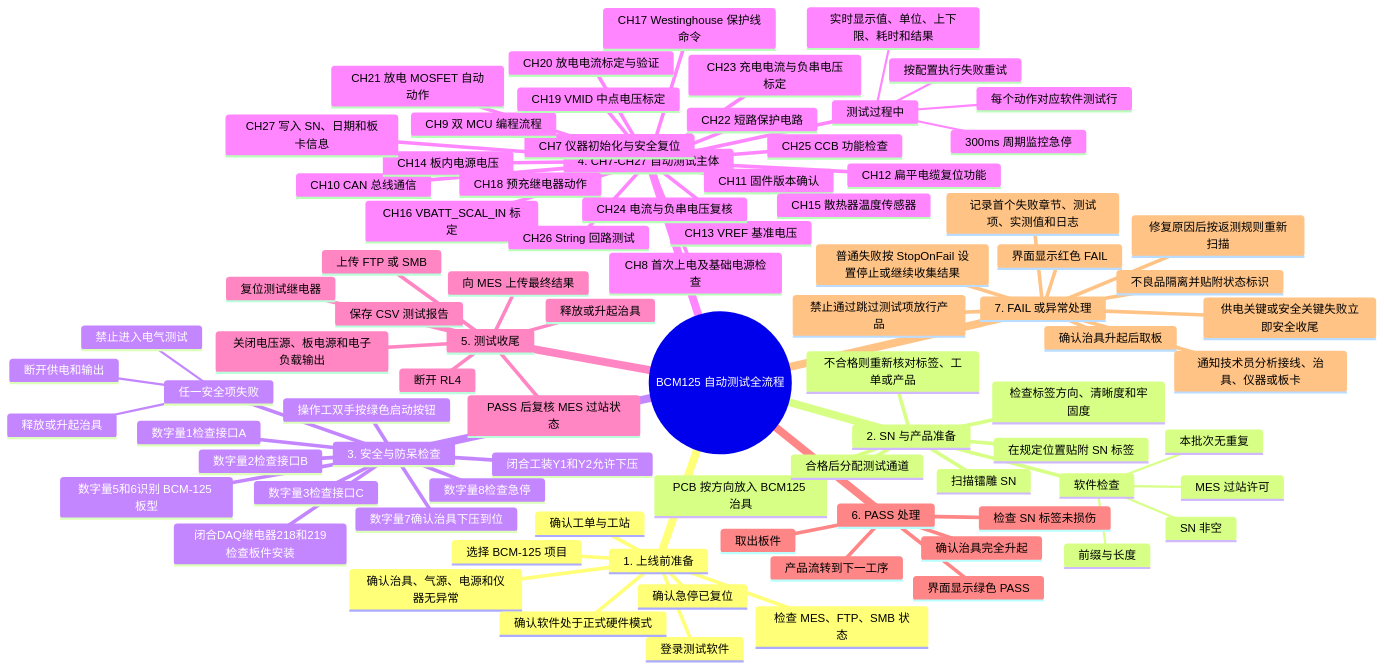
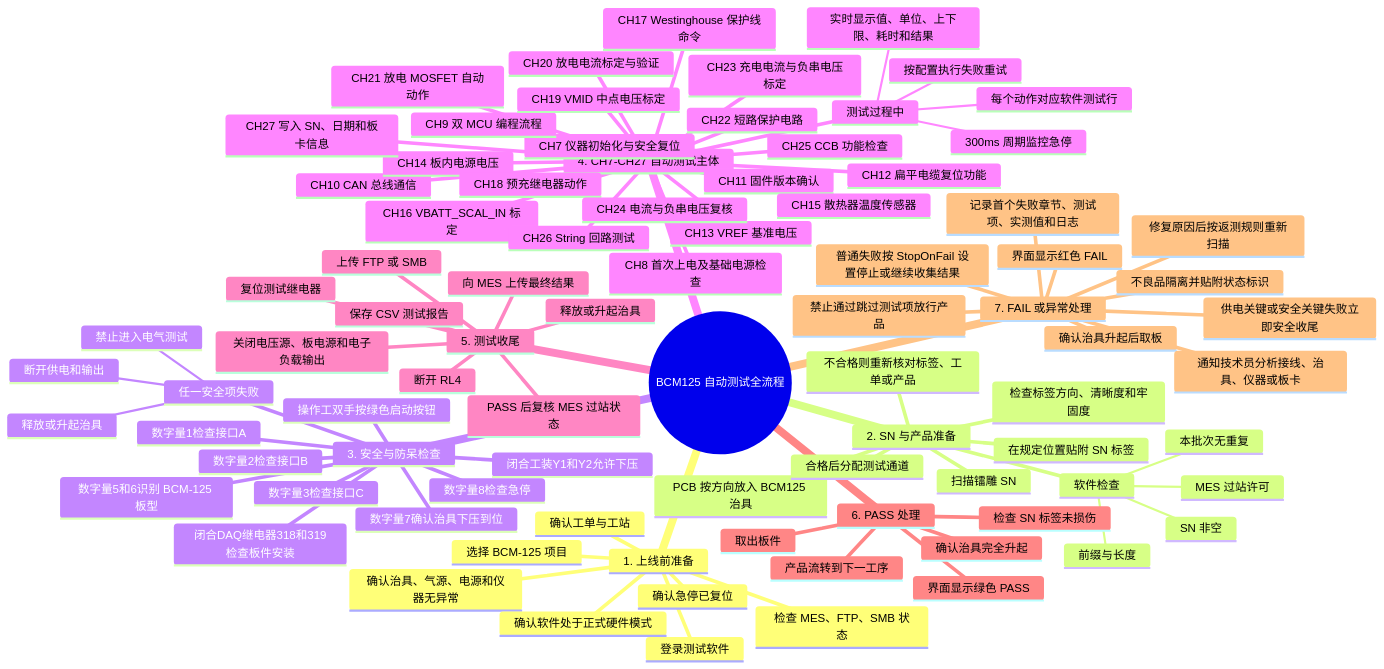
One commit to ldl2030/SK changed the first of 2 diagrams in Docs/BCM125详细测试流程讲解及测试软件展示.md. Above: the diagram before and after it, drawn with Mermaid. The commit also changed other lines of this file and 69 other files, not shown here.

Commit message:
Add SK hardware discovery and detailed test flows

```diff
--- a/Docs/BCM125详细测试流程讲解及测试软件展示.md
+++ b/Docs/BCM125详细测试流程讲解及测试软件展示.md
@@ -34,7 +34,7 @@
       数字量1检查接口A
       数字量2检查接口B
       数字量3检查接口C
-      闭合DAQ继电器218和219检查板件安装
+      闭合DAQ继电器318和319检查板件安装
       数字量5和6识别 BCM-125 板型
       闭合工装Y1和Y2允许下压
       操作工双手按绿色启动按钮
```
